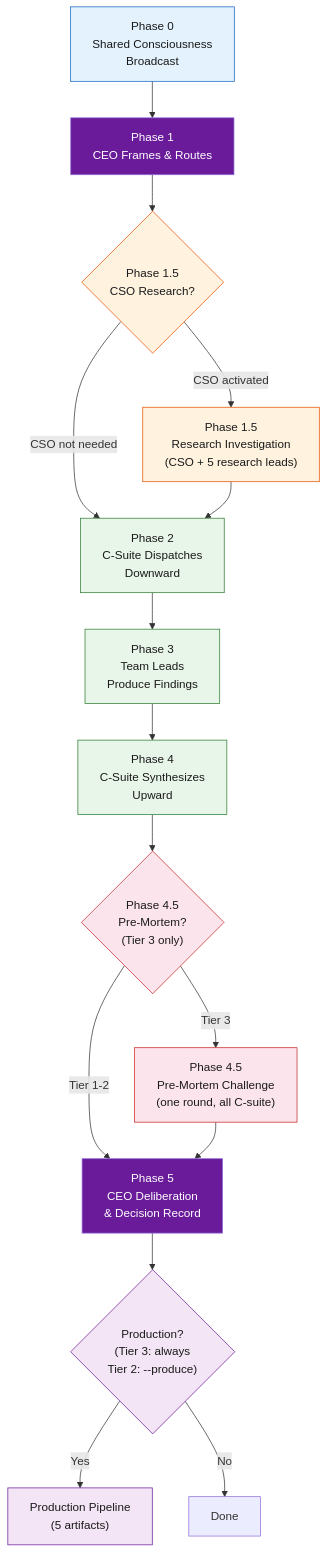
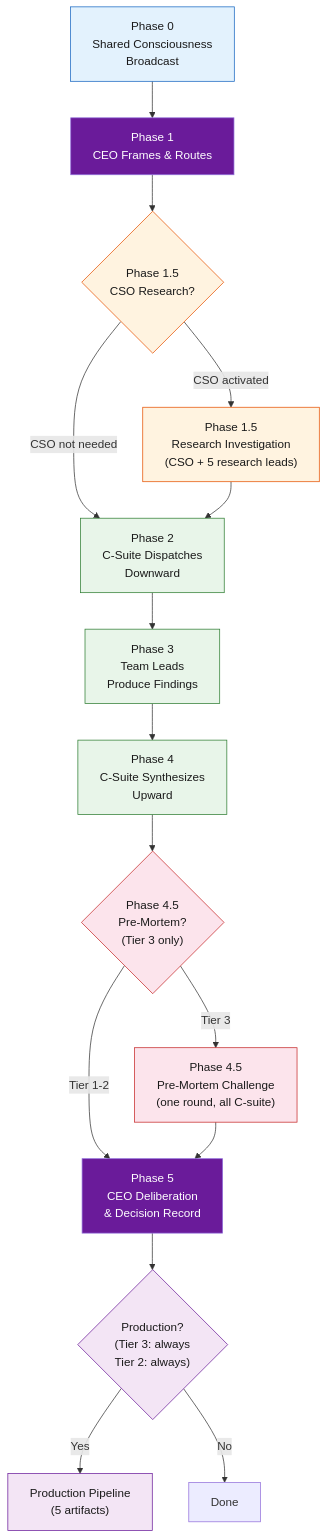
One commit to apatheticus/corporate-decision-panel changed the fourth of 8 diagrams in README.md. Above: the diagram before and after it, drawn with Mermaid. The commit also changed other lines of this file and 5 other files, not shown here.

First line of the commit message:
docs: update documentation to reflect v1.4 CEO-as-universal-dispatcher architecture and bump version to 1.7

````diff
--- a/README.md
+++ b/README.md
@@ -396,43 +436,43 @@
 ```mermaid
 flowchart TD
     P0["Phase 0\nShared Consciousness\nBroadcast"]
     P1["Phase 1\nCEO Frames & Routes"]
     P15{"Phase 1.5\nCSO Research?"}
     P15Y["Phase 1.5\nResearch Investigation\n(CSO + 5 research leads)"]
     P2["Phase 2\nC-Suite Dispatches\nDownward"]
     P3["Phase 3\nTeam Leads\nProduce Findings"]
     P4["Phase 4\nC-Suite Synthesizes\nUpward"]
     P45{"Phase 4.5\nPre-Mortem?\n(Tier 3 only)"}
     P45Y["Phase 4.5\nPre-Mortem Challenge\n(one round, all C-suite)"]
     P5["Phase 5\nCEO Deliberation\n& Decision Record"]
-    PROD{"Production?\n(Tier 3: always\nTier 2: --produce)"}
+    PROD{"Production?\n(Tier 3: always\nTier 2: always)"}
     PRODY["Production Pipeline\n(5 artifacts)"]
 
     P0 --> P1
     P1 --> P15
     P15 -->|CSO activated| P15Y
     P15 -->|CSO not needed| P2
     P15Y --> P2
     P2 --> P3
     P3 --> P4
     P4 --> P45
     P45 -->|Tier 3| P45Y
     P45 -->|Tier 1-2| P5
     P45Y --> P5
     P5 --> PROD
     PROD -->|Yes| PRODY
     PROD -->|No| END["Done"]
 
     style P0 fill:#e3f2fd,stroke:#1565c0,color:#1a1a1a
     style P1 fill:#6a1b9a,color:#fff
     style P15 fill:#fff3e0,stroke:#e65100,color:#1a1a1a
     style P15Y fill:#fff3e0,stroke:#e65100,color:#1a1a1a
     style P2 fill:#e8f5e9,stroke:#2e7d32,color:#1a1a1a
     style P3 fill:#e8f5e9,stroke:#2e7d32,color:#1a1a1a
     style P4 fill:#e8f5e9,stroke:#2e7d32,color:#1a1a1a
     style P45 fill:#fce4ec,stroke:#c62828,color:#1a1a1a
     style P45Y fill:#fce4ec,stroke:#c62828,color:#1a1a1a
     style P5 fill:#6a1b9a,color:#fff
     style PROD fill:#f3e5f5,stroke:#6a1b9a,color:#1a1a1a
     style PRODY fill:#f3e5f5,stroke:#6a1b9a,color:#1a1a1a
 ```
````
